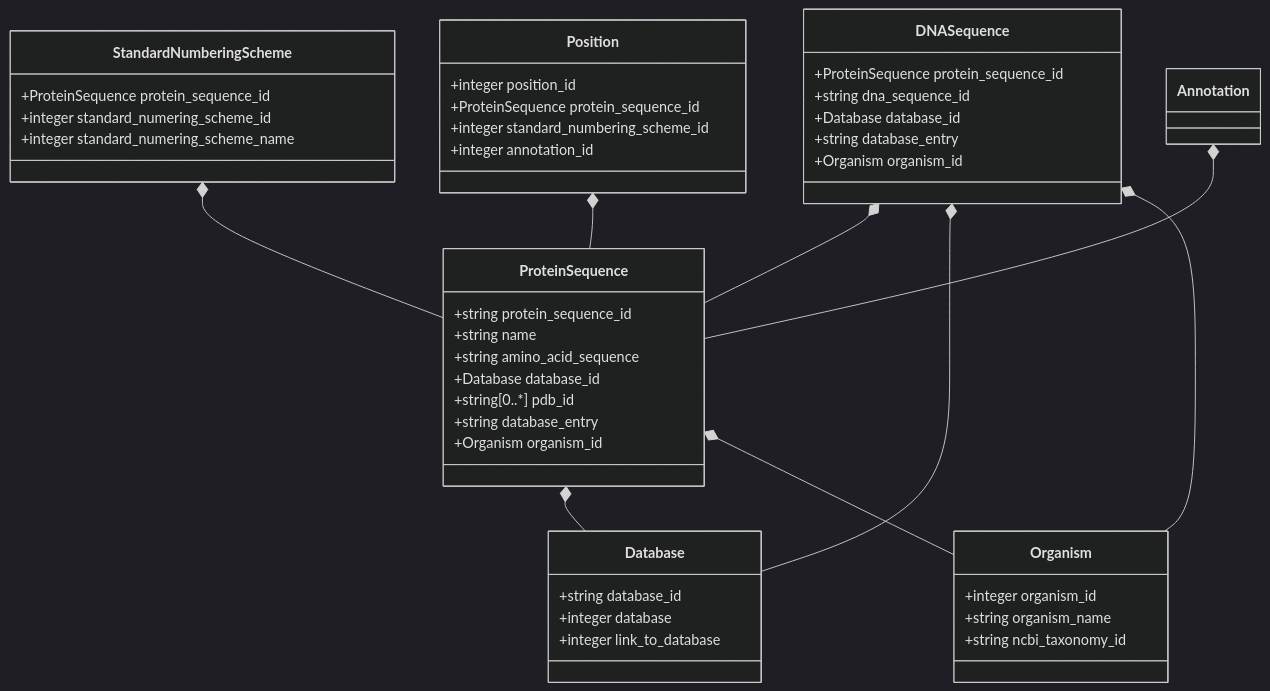
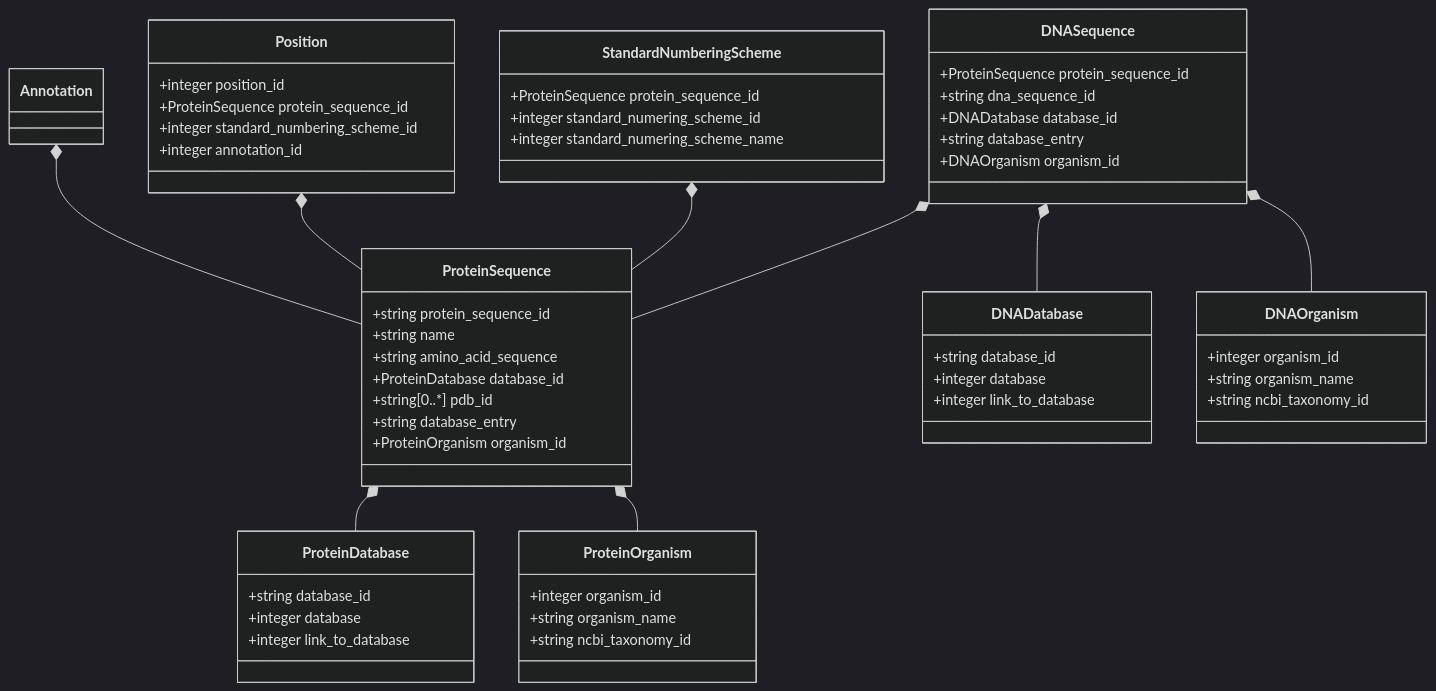
The diagram in Database/schemes/-.md (maxim945/PyEED-Fullprototype), drawn with Mermaid (dark theme) before and after one commit. The commit also changed 10 other files, not shown here.

````diff
--- a/Database/schemes/-.md
+++ b/Database/schemes/-.md
@@ -1,55 +1,67 @@
 ```mermaid
 classDiagram
-    ProteinSequence *-- Database
-    ProteinSequence *-- Organism
+    ProteinSequence *-- ProteinDatabase
+    ProteinSequence *-- ProteinOrganism
     DNASequence *-- ProteinSequence
-    DNASequence *-- Database
-    DNASequence *-- Organism
+    DNASequence *-- DNADatabase
+    DNASequence *-- DNAOrganism
     StandardNumberingScheme *-- ProteinSequence
     Position *-- ProteinSequence
     Annotation *-- ProteinSequence
     
     class ProteinSequence {
         +string protein_sequence_id
         +string name
         +string amino_acid_sequence
-        +Database database_id
+        +ProteinDatabase database_id
         +string[0..*] pdb_id
         +string database_entry
-        +Organism organism_id
+        +ProteinOrganism organism_id
     }
     
     class DNASequence {
         +ProteinSequence protein_sequence_id
         +string dna_sequence_id
-        +Database database_id
+        +DNADatabase database_id
         +string database_entry
-        +Organism organism_id
+        +DNAOrganism organism_id
     }
     
-    class Organism {
+    class ProteinOrganism {
         +integer organism_id
         +string organism_name
         +string ncbi_taxonomy_id
     }
     
-    class Database {
+    class DNAOrganism {
+        +integer organism_id
+        +string organism_name
+        +string ncbi_taxonomy_id
+    }
+    
+    class ProteinDatabase {
+        +string database_id
+        +integer database
+        +integer link_to_database
+    }
+    
+    class DNADatabase {
         +string database_id
         +integer database
         +integer link_to_database
     }
     
     class StandardNumberingScheme {
         +ProteinSequence protein_sequence_id
         +integer standard_numering_scheme_id
         +integer standard_numering_scheme_name
     }
     
     class Position {
         +integer position_id
         +ProteinSequence protein_sequence_id
         +integer standard_numbering_scheme_id
         +integer annotation_id
     }
     
 ```
````
